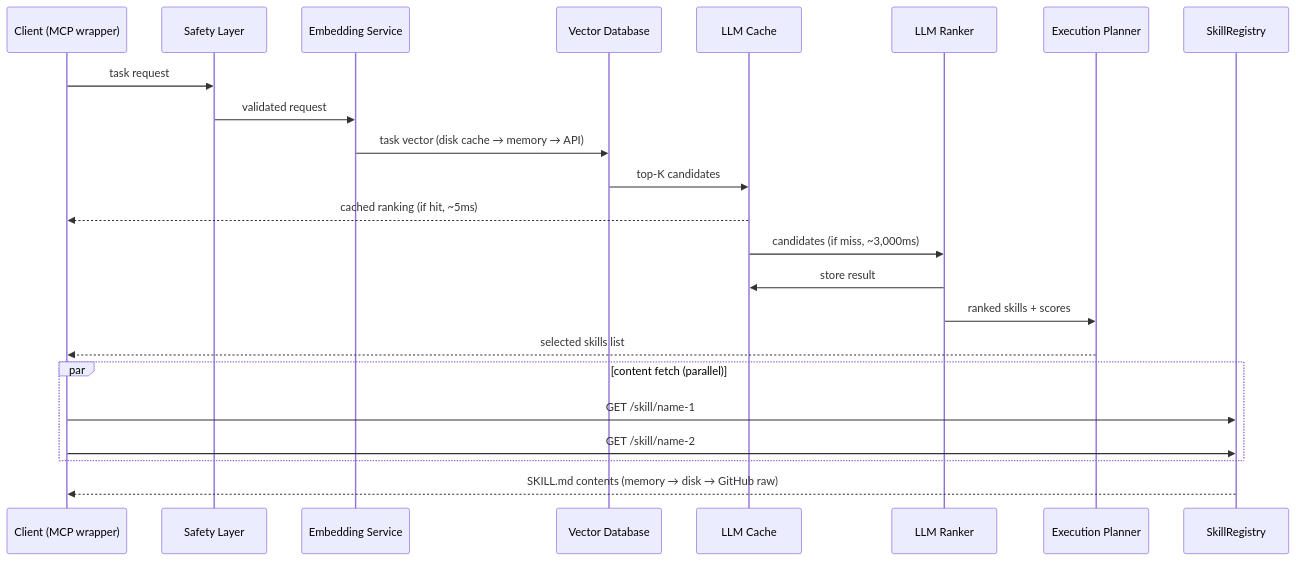
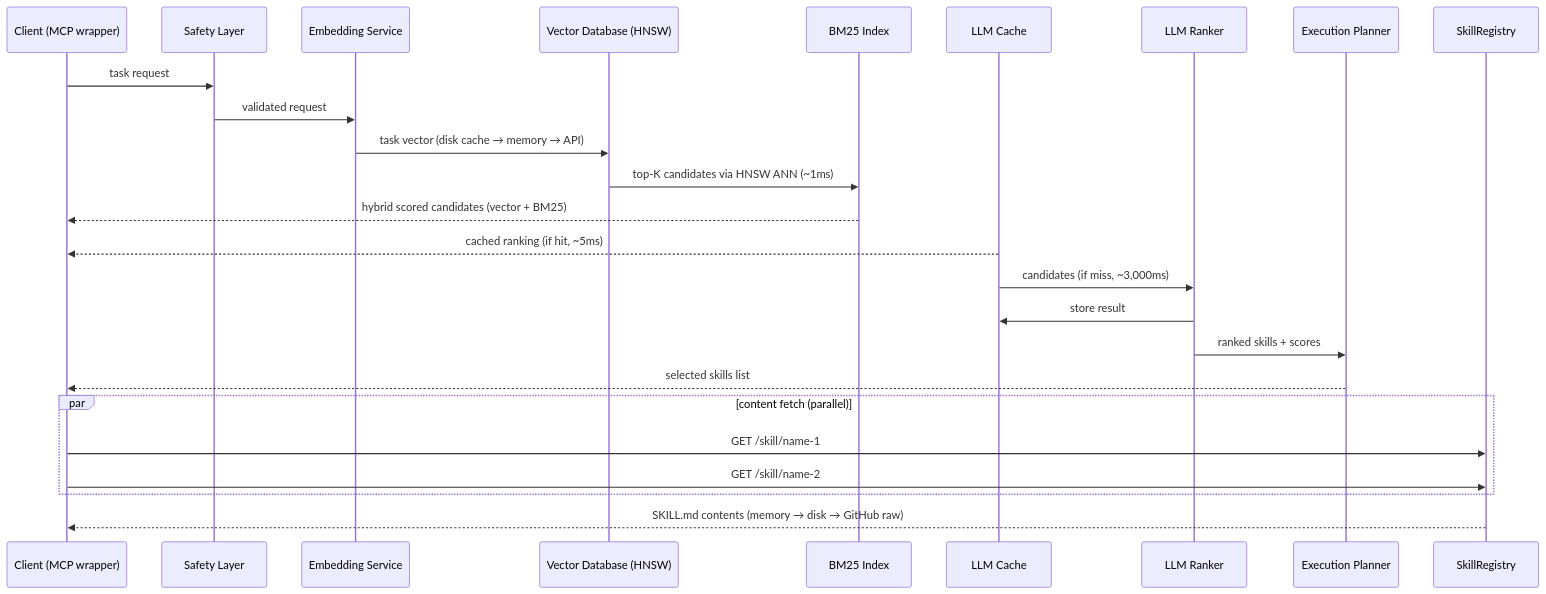
The second of 2 diagrams in agent-skill-routing-system/README.md (paulpas/agent-skill-router), drawn with Mermaid before and after one commit. The commit also changed other lines of this file and 7 other files, not shown here.

First line of the commit message:
docs: fix GitHub rendering issues + clarify Vector+BM25 vs HNSW

````diff
--- a/agent-skill-routing-system/README.md
+++ b/agent-skill-routing-system/README.md
@@ -90,26 +91,28 @@
 ```mermaid
 sequenceDiagram
     participant C as Client (MCP wrapper)
     participant S as Safety Layer
     participant E as Embedding Service
-    participant V as Vector Database
+    participant V as Vector Database (HNSW)
+    participant BM as BM25 Index
     participant LC as LLM Cache
     participant L as LLM Ranker
     participant P as Execution Planner
     participant R as SkillRegistry
 
     C->>S: task request
     S->>E: validated request
     E->>V: task vector (disk cache → memory → API)
-    V->>LC: top-K candidates
+    V->>BM: top-K candidates via HNSW ANN (~1ms)
+    BM-->>C: hybrid scored candidates (vector + BM25)
     LC-->>C: cached ranking (if hit, ~5ms)
     LC->>L: candidates (if miss, ~3,000ms)
     L->>LC: store result
     L->>P: ranked skills + scores
     P-->>C: selected skills list
     par content fetch (parallel)
         C->>R: GET /skill/name-1
         C->>R: GET /skill/name-2
     end
     R-->>C: SKILL.md contents (memory → disk → GitHub raw)
 ```
````
